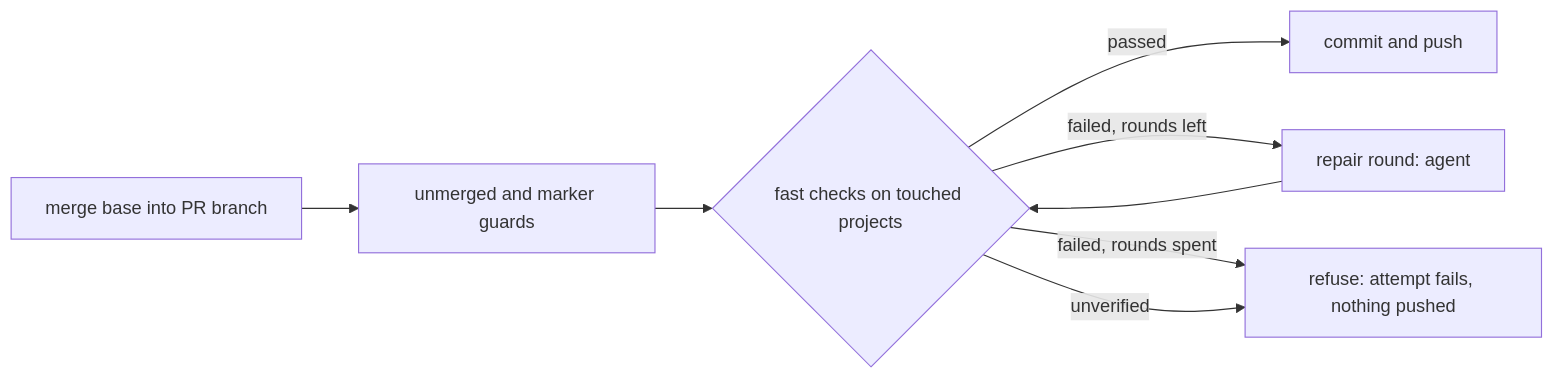
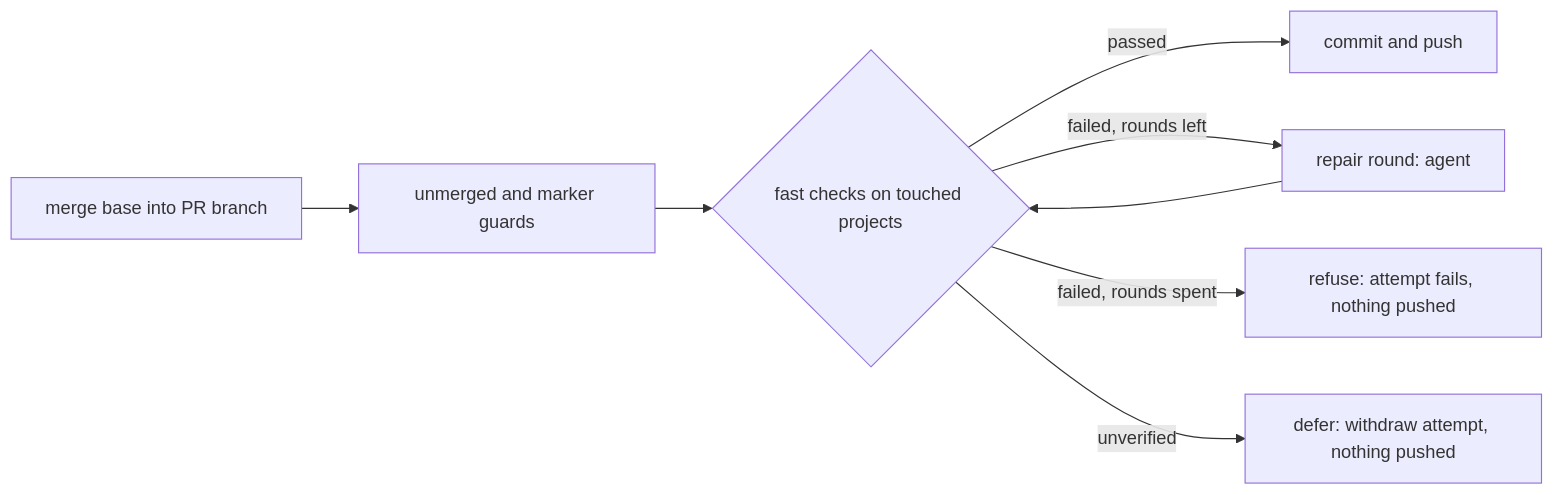
Before and after one commit to stSoftwareAU/VibeCoder: the diagram in docs/archive/pr-summaries/pr-summary-4616.md, drawn with Mermaid. The commit also changed other lines of this file, not shown here.

````diff
--- a/docs/archive/pr-summaries/pr-summary-4616.md
+++ b/docs/archive/pr-summaries/pr-summary-4616.md
@@ -12,9 +12,9 @@
 ```mermaid
 flowchart LR
     M[merge base into PR branch] --> G[unmerged and marker guards]
     G --> C{fast checks on touched projects}
     C -->|passed| P[commit and push]
     C -->|failed, rounds left| R[repair round: agent] --> C
     C -->|failed, rounds spent| X[refuse: attempt fails, nothing pushed]
-    C -->|unverified| X
+    C -->|unverified| D[defer: withdraw attempt, nothing pushed]
 ```
````
